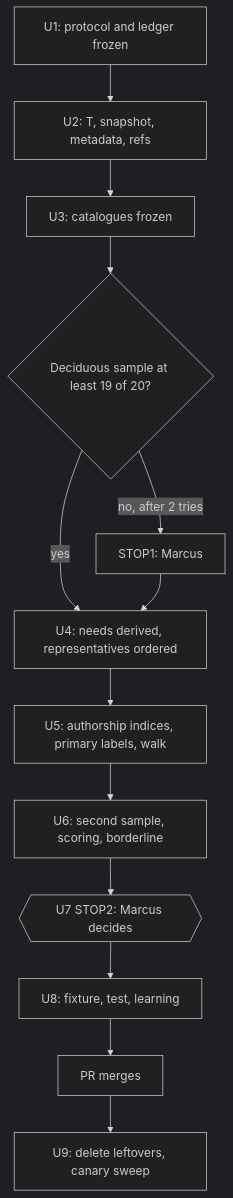
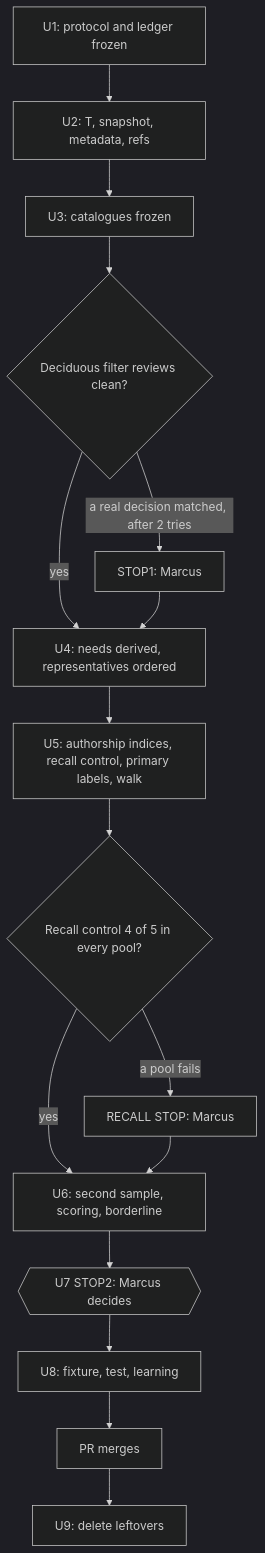
Before and after one commit to marcusrbrown/systematic: the diagram in docs/plans/2026-11-01-001-feat-decision-store-trial-plan.md, drawn with Mermaid (dark theme). The commit also changed other lines of this file, not shown here.

First line of the commit message:
docs(plans): tighten the decision-store trial protocol

````diff
--- a/docs/plans/2026-11-01-001-feat-decision-store-trial-plan.md
+++ b/docs/plans/2026-11-01-001-feat-decision-store-trial-plan.md
@@ -314,15 +340,18 @@
 ```mermaid
 flowchart TB
   P0[U1: protocol and ledger frozen] --> P1[U2: T, snapshot, metadata, refs]
   P1 --> P2[U3: catalogues frozen]
-  P2 --> S1{Deciduous sample at least 19 of 20?}
-  S1 -->|no, after 2 tries| STOP1[STOP1: Marcus]
+  P2 --> S1{Deciduous filter reviews clean?}
+  S1 -->|a real decision matched, after 2 tries| STOP1[STOP1: Marcus]
   S1 -->|yes| P3[U4: needs derived, representatives ordered]
   STOP1 --> P3
-  P3 --> P4[U5: authorship indices, primary labels, walk]
-  P4 --> P5[U6: second sample, scoring, borderline]
+  P3 --> P4[U5: authorship indices, recall control, primary labels, walk]
+  P4 --> S3{Recall control 4 of 5 in every pool?}
+  S3 -->|a pool fails| STOPR[RECALL STOP: Marcus]
+  S3 -->|yes| P5[U6: second sample, scoring, borderline]
+  STOPR --> P5
   P5 --> STOP2{{U7 STOP2: Marcus decides}}
   STOP2 --> P8[U8: fixture, test, learning]
   P8 --> MERGE[PR merges]
-  MERGE --> P9[U9: delete leftovers, canary sweep]
+  MERGE --> P9[U9: delete leftovers]
 ```
````
